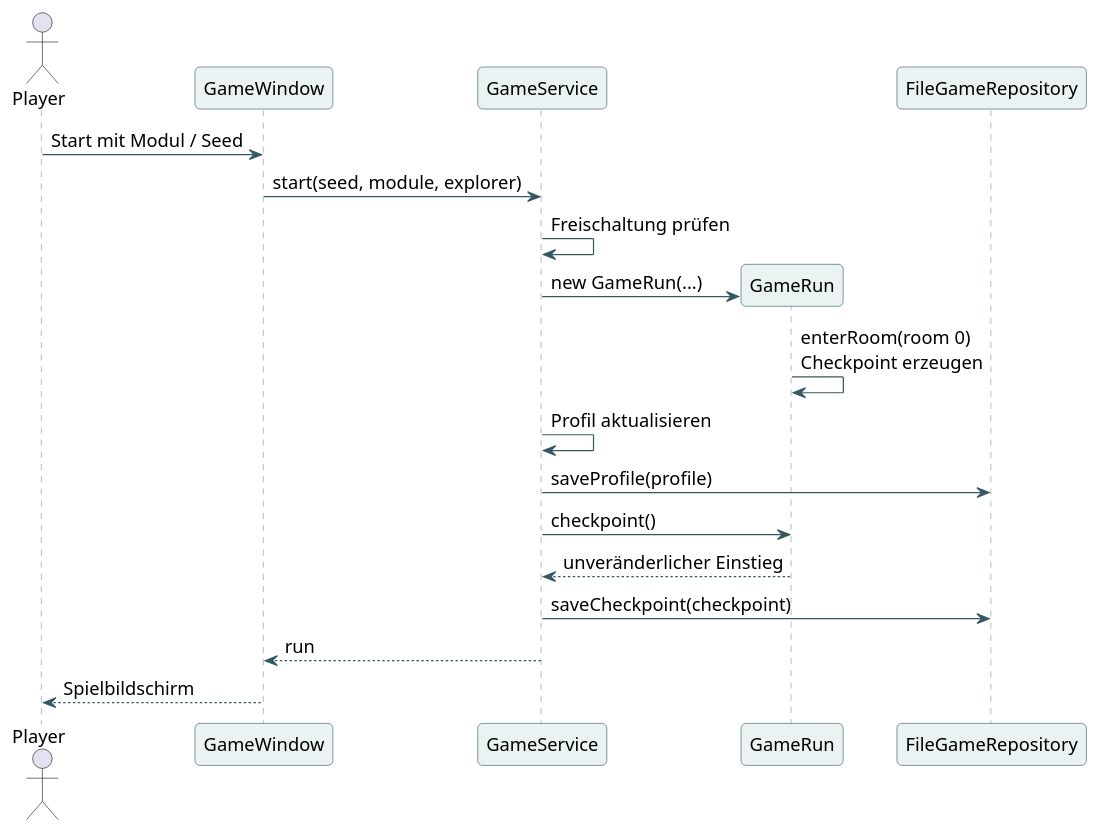
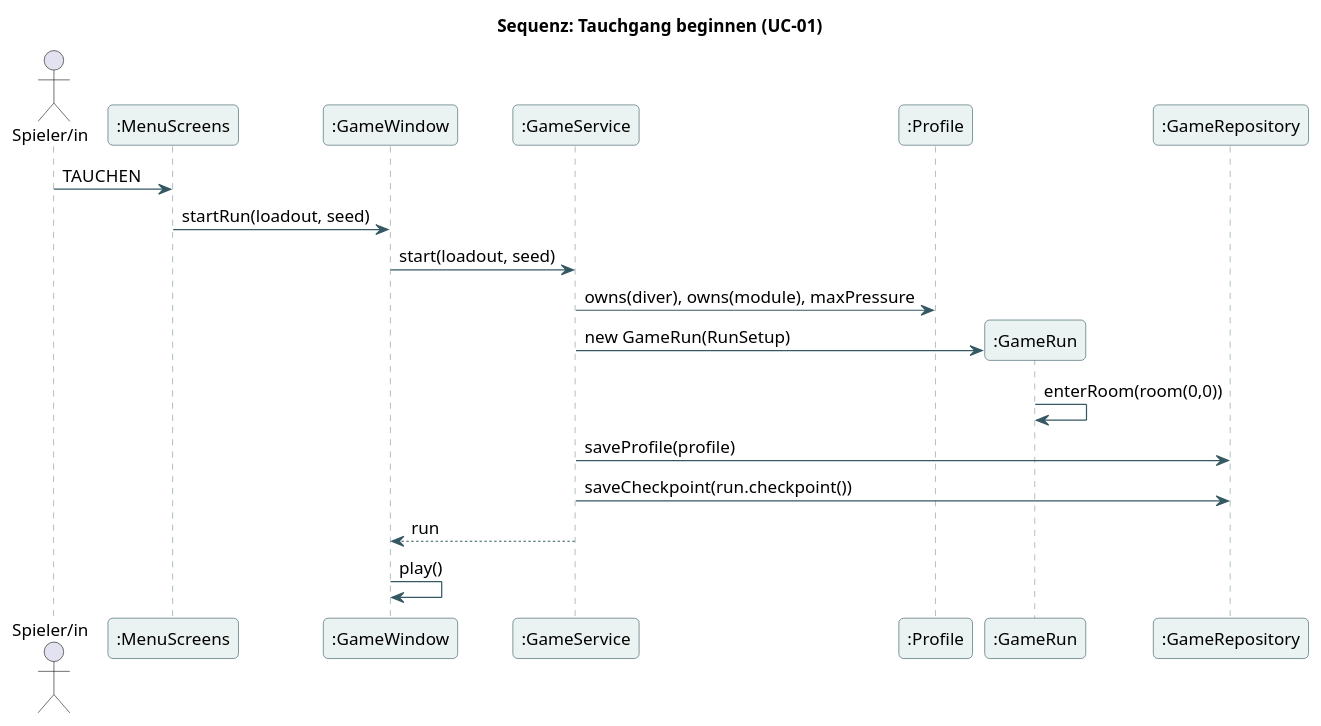
One commit to bassdav2/abyss changed the diagram in docs/diagrams/06-start-sequence.puml. Above: the diagram before and after it, drawn with PlantUML. The commit also changed 421 other files, not shown here.

```diff
--- a/docs/diagrams/06-start-sequence.puml
+++ b/docs/diagrams/06-start-sequence.puml
@@ -1,37 +1,39 @@
 @startuml
 skinparam backgroundColor #FFFFFF
 skinparam defaultFontName Arial
-skinparam defaultFontSize 15
+skinparam defaultFontSize 14
 skinparam shadowing false
 skinparam roundcorner 8
 skinparam ArrowColor #355863
 skinparam classBackgroundColor #EAF3F2
 skinparam classBorderColor #355863
 skinparam participantBackgroundColor #EAF3F2
 skinparam participantBorderColor #355863
 skinparam sequenceLifeLineBorderColor #7A979C
 skinparam noteBackgroundColor #FFF2DA
 skinparam noteBorderColor #D8AA64
 skinparam packageBackgroundColor #F5F8F7
 skinparam packageBorderColor #6E8B91
+skinparam stateBackgroundColor #EAF3F2
+skinparam stateBorderColor #355863
 hide empty members
-actor Player
-participant GameWindow as UI
-participant GameService as Service
-participant GameRun as Run
-participant FileGameRepository as Repo
-Player -> UI : Start mit Modul / Seed
-UI -> Service : start(seed, module, explorer)
-Service -> Service : Freischaltung prüfen
-create Run
-Service -> Run : new GameRun(...)
-Run -> Run : enterRoom(room 0)\nCheckpoint erzeugen
-Service -> Service : Profil aktualisieren
-Service -> Repo : saveProfile(profile)
-Service -> Run : checkpoint()
-Run --> Service : unveränderlicher Einstieg
-Service -> Repo : saveCheckpoint(checkpoint)
-Service --> UI : run
-UI --> Player : Spielbildschirm
+title Sequenz: Tauchgang beginnen (UC-01)
+actor "Spieler/in" as P
+participant ":MenuScreens" as M
+participant ":GameWindow" as W
+participant ":GameService" as S
+participant ":Profile" as Pr
+participant ":GameRun" as R
+participant ":GameRepository" as Repo
+P -> M : TAUCHEN
+M -> W : startRun(loadout, seed)
+W -> S : start(loadout, seed)
+S -> Pr : owns(diver), owns(module), maxPressure
+S -> R ** : new GameRun(RunSetup)
+R -> R : enterRoom(room(0,0))
+S -> Repo : saveProfile(profile)
+S -> Repo : saveCheckpoint(run.checkpoint())
+S --> W : run
+W -> W : play()
 
 @enduml
```
